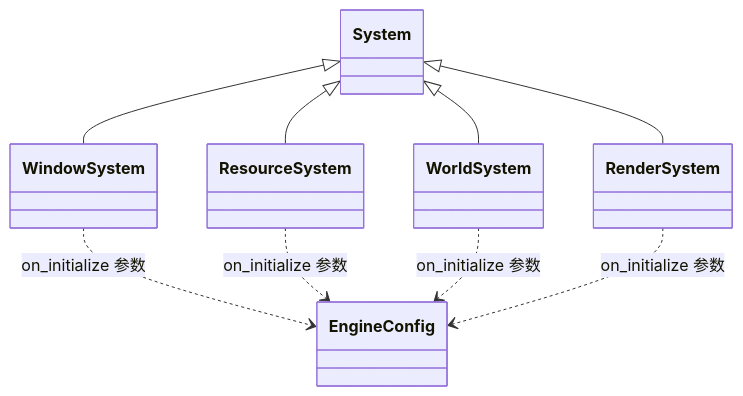
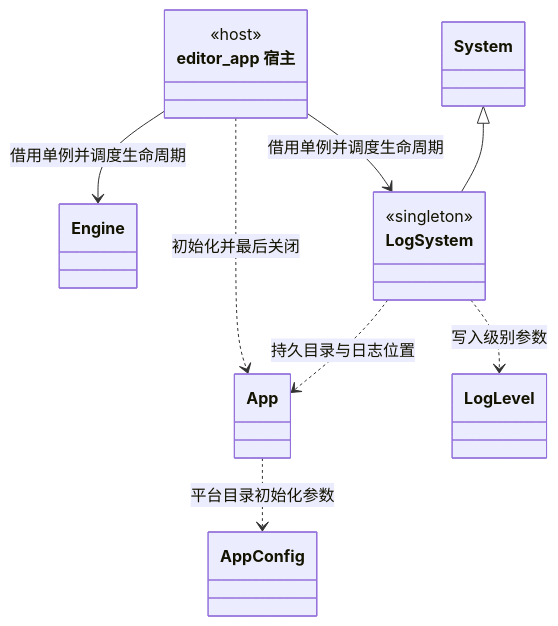
One commit to lcals/Engine changed the fifth of 14 diagrams in docs/class-diagrams/references.md. Above: the diagram before and after it, drawn with Mermaid. The commit also changed other lines of this file and 53 other files, not shown here.

````diff
--- a/docs/class-diagrams/references.md
+++ b/docs/class-diagrams/references.md
@@ -86,18 +96,22 @@
 ```mermaid
 classDiagram
     direction TB
+    class EditorHost["editor_app 宿主"] {
+        <<host>>
+    }
+    class Engine
+    class App
+    class AppConfig
+    class LogSystem {
+        <<singleton>>
+    }
+    class LogLevel
     class System
-    class EngineConfig
-    class WindowSystem
-    class ResourceSystem
-    class WorldSystem
-    class RenderSystem
-    System <|-- WindowSystem
-    System <|-- ResourceSystem
-    System <|-- WorldSystem
-    System <|-- RenderSystem
-    WindowSystem ..> EngineConfig : on_initialize 参数
-    ResourceSystem ..> EngineConfig : on_initialize 参数
-    WorldSystem ..> EngineConfig : on_initialize 参数
-    RenderSystem ..> EngineConfig : on_initialize 参数
+    EditorHost ..> App : 初始化并最后关闭
+    EditorHost --> LogSystem : 借用单例并调度生命周期
+    EditorHost --> Engine : 借用单例并调度生命周期
+    App ..> AppConfig : 平台目录初始化参数
+    System <|-- LogSystem
+    LogSystem ..> App : 持久目录与日志位置
+    LogSystem ..> LogLevel : 写入级别参数
 ```
````
